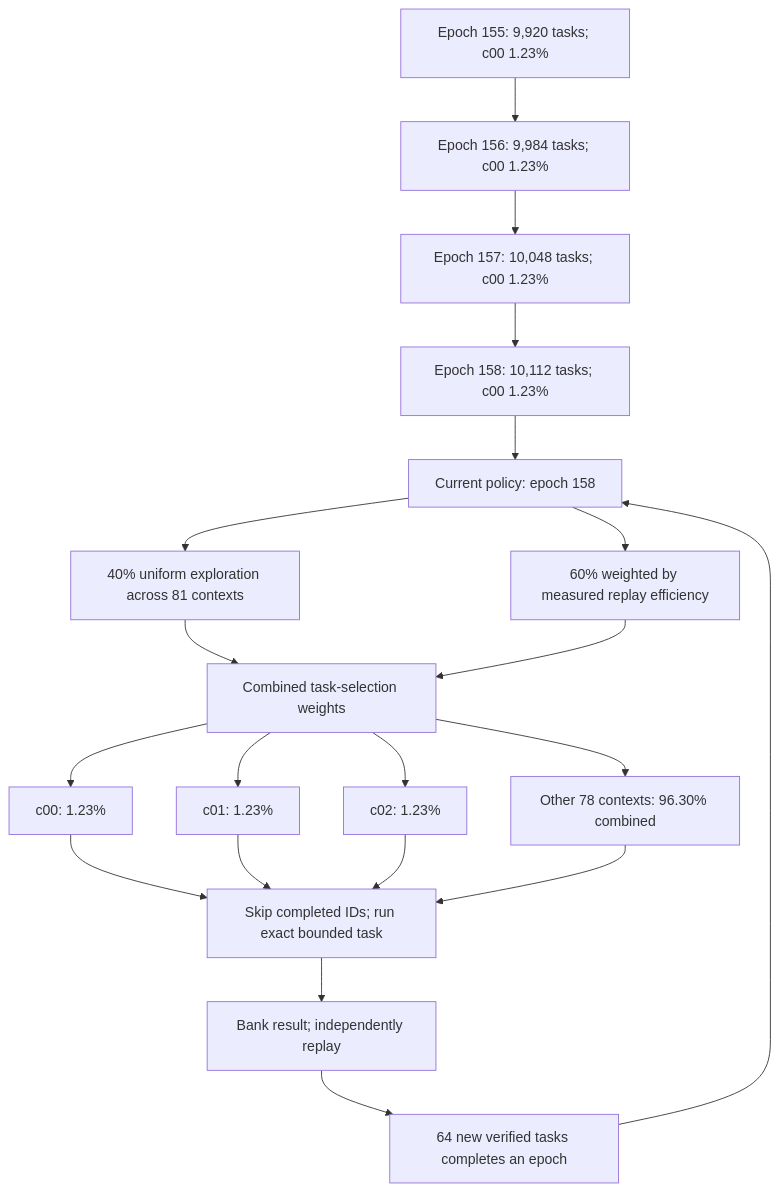
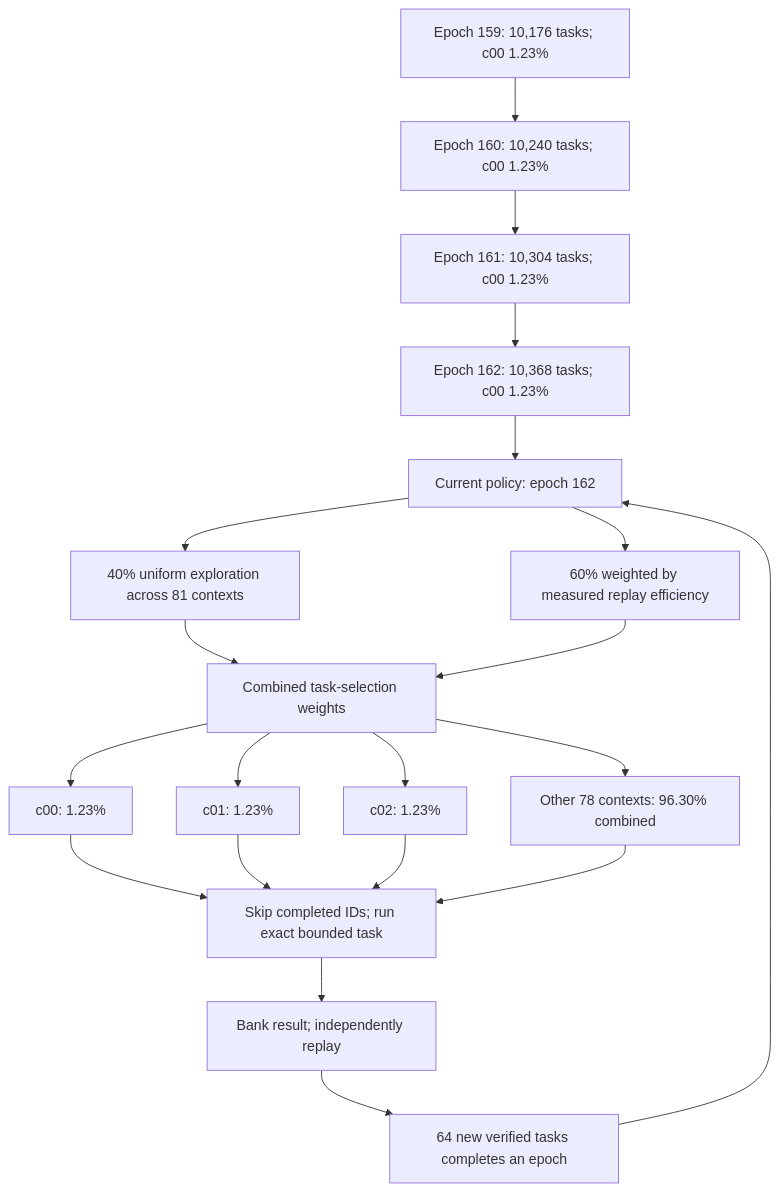
Before and after one commit to Kuberwastaken/math-gambling: the diagram in README.md, drawn with Mermaid. The commit also changed other lines of this file and 593 other files, not shown here.

````diff
--- a/README.md
+++ b/README.md
@@ -49,27 +49,27 @@
 ```mermaid
 flowchart TD
-    H0["Epoch 155: 9,920 tasks; c00 1.23%"]
-    H1["Epoch 156: 9,984 tasks; c00 1.23%"]
+    H0["Epoch 159: 10,176 tasks; c00 1.23%"]
+    H1["Epoch 160: 10,240 tasks; c00 1.23%"]
     H0 --> H1
-    H2["Epoch 157: 10,048 tasks; c00 1.23%"]
+    H2["Epoch 161: 10,304 tasks; c00 1.23%"]
     H1 --> H2
-    H3["Epoch 158: 10,112 tasks; c00 1.23%"]
+    H3["Epoch 162: 10,368 tasks; c00 1.23%"]
     H2 --> H3
-    Policy["Current policy: epoch 158"]
+    Policy["Current policy: epoch 162"]
     H3 --> Policy
     Policy --> Explore["40% uniform exploration across 81 contexts"]
     Policy --> Cost["60% weighted by measured replay efficiency"]
     Explore --> Mix["Combined task-selection weights"]
     Cost --> Mix
     Mix --> C0["c00: 1.23%"]
     Mix --> C1["c01: 1.23%"]
     Mix --> C2["c02: 1.23%"]
     Mix --> Rest["Other 78 contexts: 96.30% combined"]
     C0 --> Check["Skip completed IDs; run exact bounded task"]
     C1 --> Check
     C2 --> Check
     Rest --> Check
     Check --> Replay["Bank result; independently replay"]
     Replay --> Gate["64 new verified tasks completes an epoch"]
     Gate --> Policy
 ```
````
